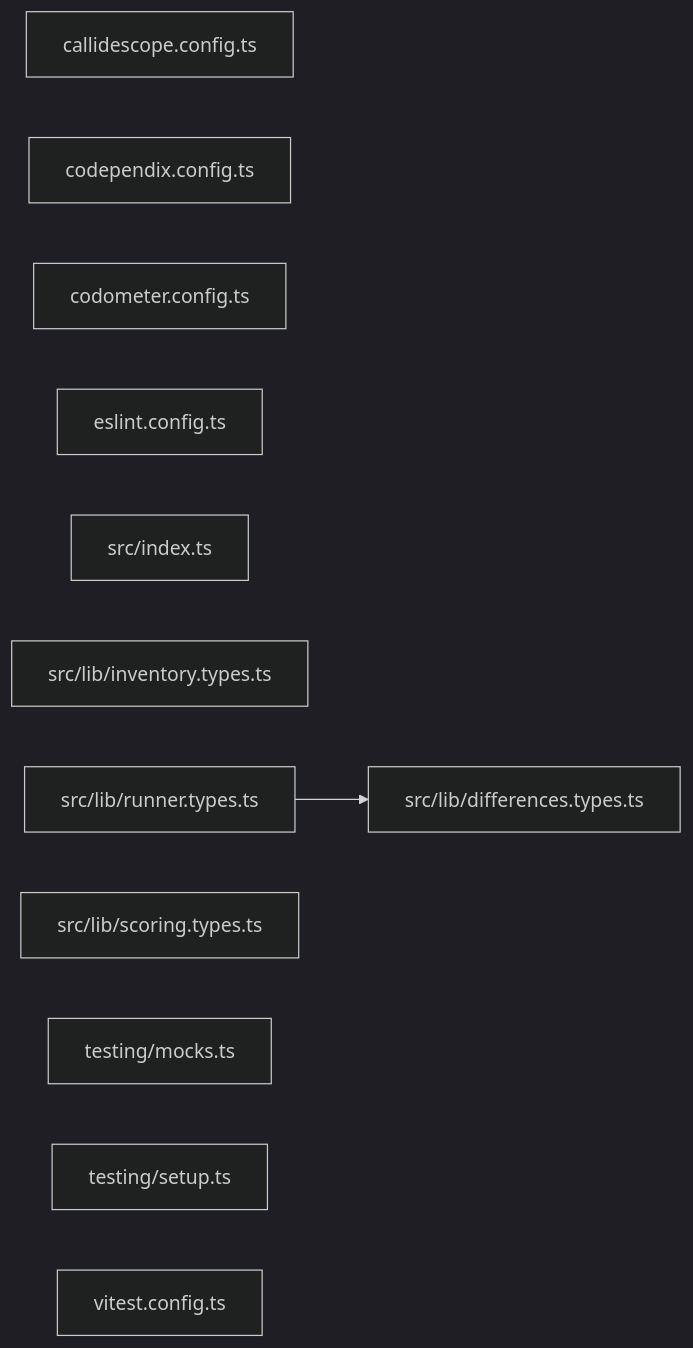
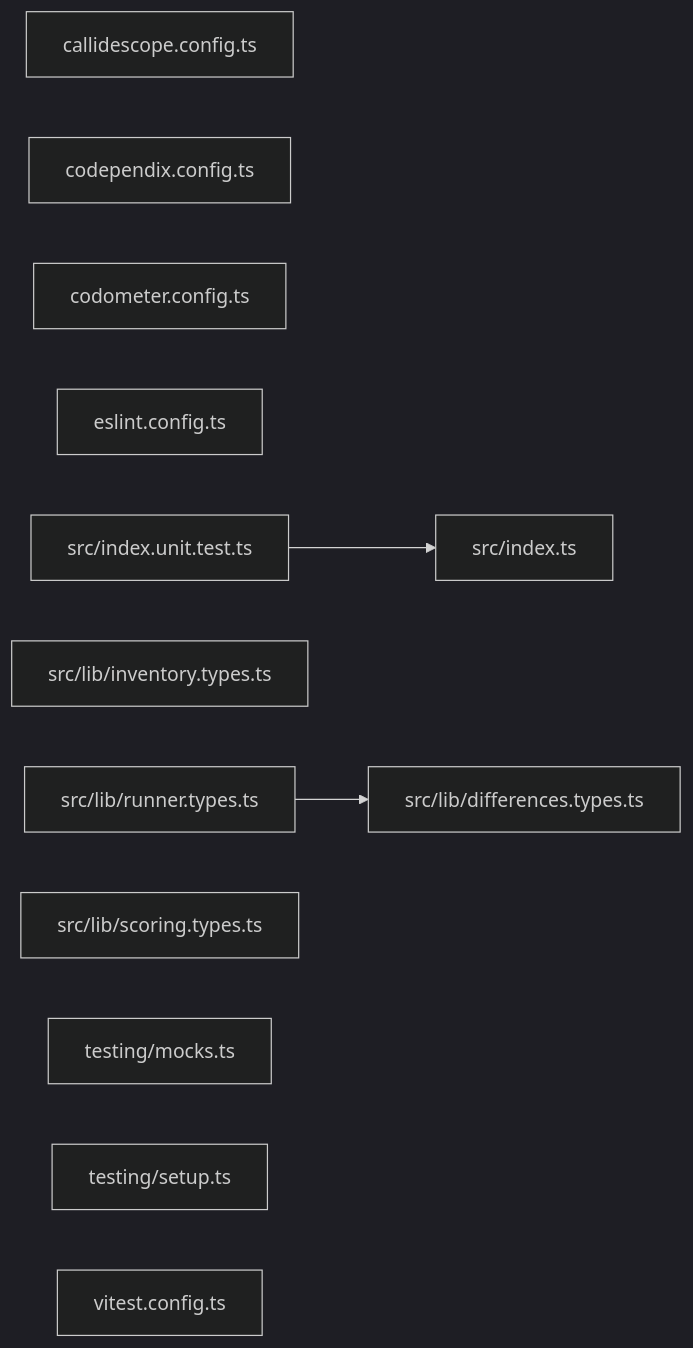
The third of 3 diagrams in packages/ic-suite/conformetry/conformetry-core/README.md (JimmyPaolini/codebase), drawn with Mermaid (dark theme) before and after one commit. The commit also changed other lines of this file and 18 other files, not shown here.

Commit message:
refactor(conformetry,configuration): ♻️ leave the root readme graphs alone and name core contracts once

````diff
--- a/packages/ic-suite/conformetry/conformetry-core/README.md
+++ b/packages/ic-suite/conformetry/conformetry-core/README.md
@@ -191,16 +194,18 @@
 ```mermaid
 graph LR
   file_callidescope_config_ts["callidescope.config.ts"]
   file_codependix_config_ts["codependix.config.ts"]
   file_codometer_config_ts["codometer.config.ts"]
   file_eslint_config_ts["eslint.config.ts"]
   file_src_index_ts["src/index.ts"]
+  file_src_index_unit_test_ts["src/index.unit.test.ts"]
   file_src_lib_differences_types_ts["src/lib/differences.types.ts"]
   file_src_lib_inventory_types_ts["src/lib/inventory.types.ts"]
   file_src_lib_runner_types_ts["src/lib/runner.types.ts"]
   file_src_lib_scoring_types_ts["src/lib/scoring.types.ts"]
   file_testing_mocks_ts["testing/mocks.ts"]
   file_testing_setup_ts["testing/setup.ts"]
   file_vitest_config_ts["vitest.config.ts"]
+  file_src_index_unit_test_ts --> file_src_index_ts
   file_src_lib_runner_types_ts --> file_src_lib_differences_types_ts
 ```
````
